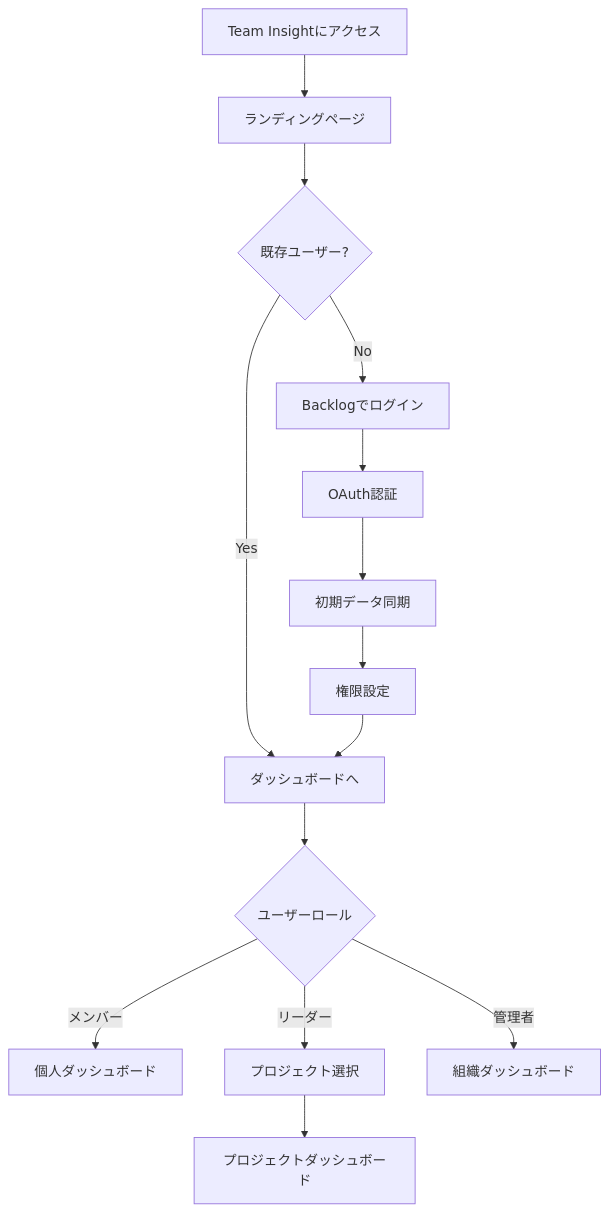
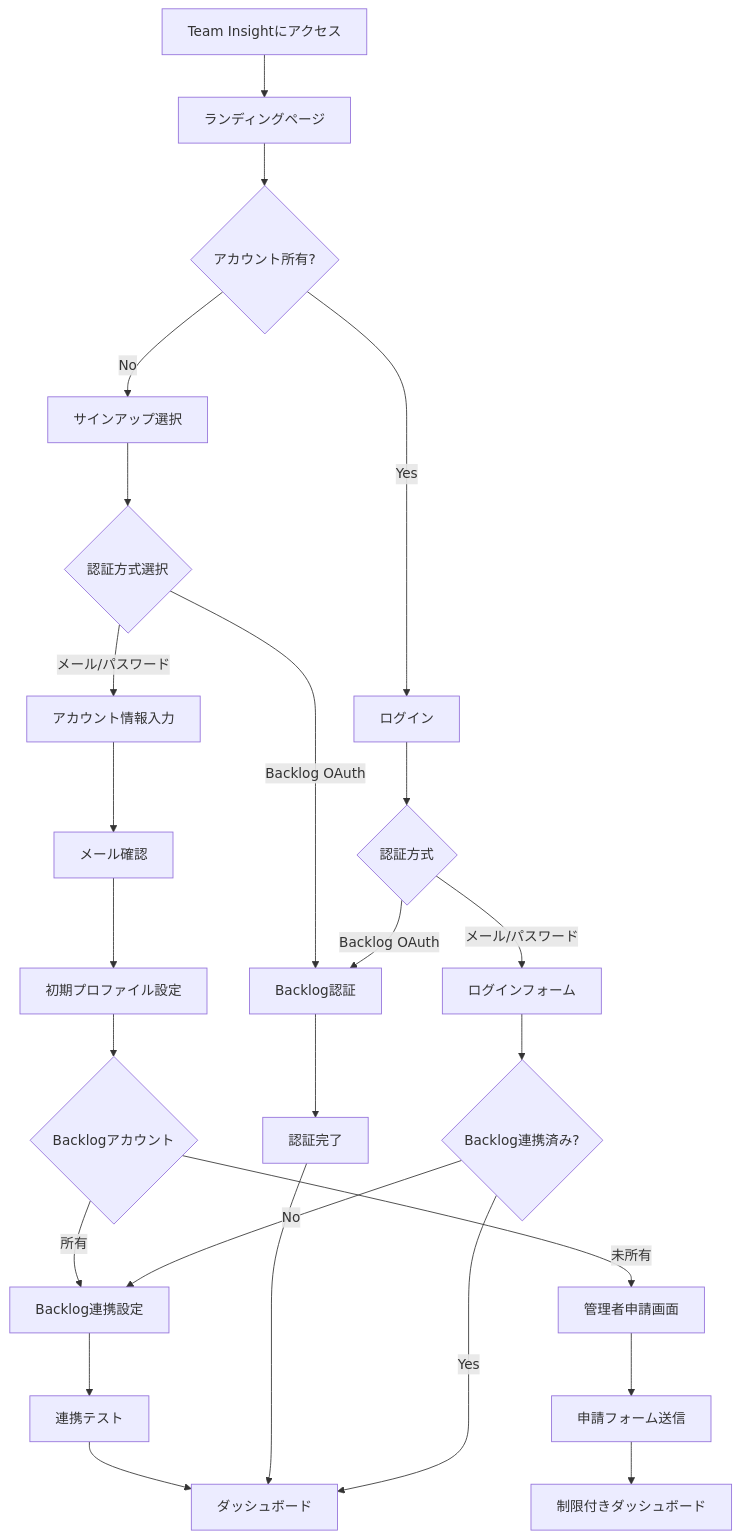
Before and after one commit to rasshii/team-insight: the sixth of 13 diagrams in Doc/mvp.md, drawn with Mermaid. The commit also changed other lines of this file and 17 other files, not shown here.

````diff
--- a/Doc/mvp.md
+++ b/Doc/mvp.md
@@ -187,16 +246,34 @@
 ```mermaid
 graph TD
     A[Team Insightにアクセス] --> B[ランディングページ]
-    B --> C{既存ユーザー?}
-    C -->|No| D[Backlogでログイン]
-    C -->|Yes| E[ダッシュボードへ]
-    D --> F[OAuth認証]
-    F --> G[初期データ同期]
-    G --> H[権限設定]
-    H --> E
-    E --> I{ユーザーロール}
-    I -->|メンバー| J[個人ダッシュボード]
-    I -->|リーダー| K[プロジェクト選択]
-    I -->|管理者| L[組織ダッシュボード]
-    K --> M[プロジェクトダッシュボード]
+    B --> C{アカウント所有?}
+    C -->|No| D[サインアップ選択]
+    C -->|Yes| E[ログイン]
+
+    D --> F{認証方式選択}
+    F -->|メール/パスワード| G[アカウント情報入力]
+    F -->|Backlog OAuth| H[Backlog認証]
+
+    G --> I[メール確認]
+    I --> J[初期プロファイル設定]
+    J --> K{Backlogアカウント}
+
+    K -->|所有| L[Backlog連携設定]
+    K -->|未所有| M[管理者申請画面]
+
+    L --> N[連携テスト]
+    N --> O[ダッシュボード]
+
+    M --> P[申請フォーム送信]
+    P --> Q[制限付きダッシュボード]
+
+    H --> R[認証完了]
+    R --> O
+
+    E --> S{認証方式}
+    S -->|メール/パスワード| T[ログインフォーム]
+    S -->|Backlog OAuth| H
+    T --> U{Backlog連携済み?}
+    U -->|Yes| O
+    U -->|No| L
 ```
````
